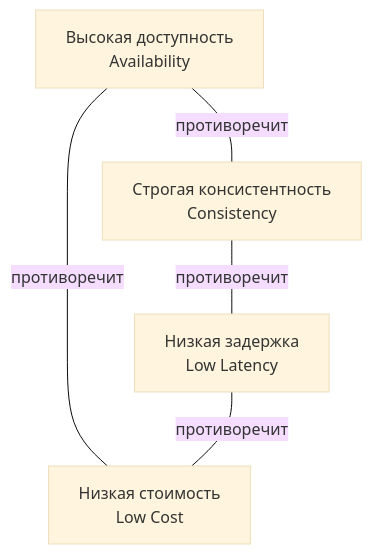
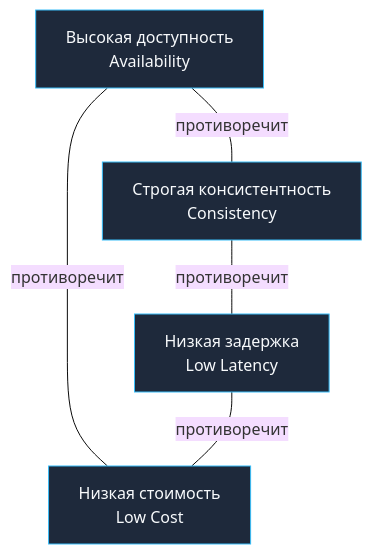
Before and after one commit to UnrealTemplier/go-textbook: the second of 2 diagrams in sources/11. Архитектура и System Design/3. Функциональные и нефункциональные требования.md, drawn with Mermaid (base theme). The commit also changed other lines of this file and 1666 other files, not shown here.

First line of the commit message:
feat(mermaid): add semantic color classDef to 1369 colorless flowchart/graph diagrams

````diff
--- a/sources/11. Архитектура и System Design/3. Функциональные и нефункциональные требования.md
+++ b/sources/11. Архитектура и System Design/3. Функциональные и нефункциональные требования.md
@@ -192,12 +202,22 @@
 ```mermaid
 flowchart TD
-    A["Высокая доступность<br>Availability"]
-    B["Строгая консистентность<br>Consistency"]
-    C["Низкая задержка<br>Low Latency"]
-    D["Низкая стоимость<br>Low Cost"]
+    classDef process  fill:#1e293b,stroke:#38bdf8,stroke-width:1px,color:#f8fafc
+    classDef success  fill:#064e3b,stroke:#34d399,stroke-width:1px,color:#f8fafc
+    classDef error    fill:#7f1d1d,stroke:#f87171,stroke-width:1px,color:#f8fafc
+    classDef warning  fill:#78350f,stroke:#fbbf24,stroke-width:1px,color:#f8fafc
+    classDef entry    fill:#1e3a5f,stroke:#38bdf8,stroke-width:2px,color:#f8fafc
+    classDef aux      fill:#334155,stroke:#64748b,stroke-width:1px,color:#f8fafc
+    classDef system   fill:#312e81,stroke:#a78bfa,stroke-width:1px,color:#f8fafc
+    classDef data     fill:#132d29,stroke:#2dd4bf,stroke-width:1px,color:#f8fafc
+    classDef network  fill:#881337,stroke:#fb7185,stroke-width:1px,color:#f8fafc
+    classDef accent   fill:#1e1b4b,stroke:#818cf8,stroke-width:1px,color:#f8fafc
+    A["Высокая доступность<br>Availability"]:::process
+    B["Строгая консистентность<br>Consistency"]:::process
+    C["Низкая задержка<br>Low Latency"]:::process
+    D["Низкая стоимость<br>Low Cost"]:::process
 
     A ---|"противоречит"| B
     A ---|"противоречит"| D
     B ---|"противоречит"| C
     C ---|"противоречит"| D
 ```
````
